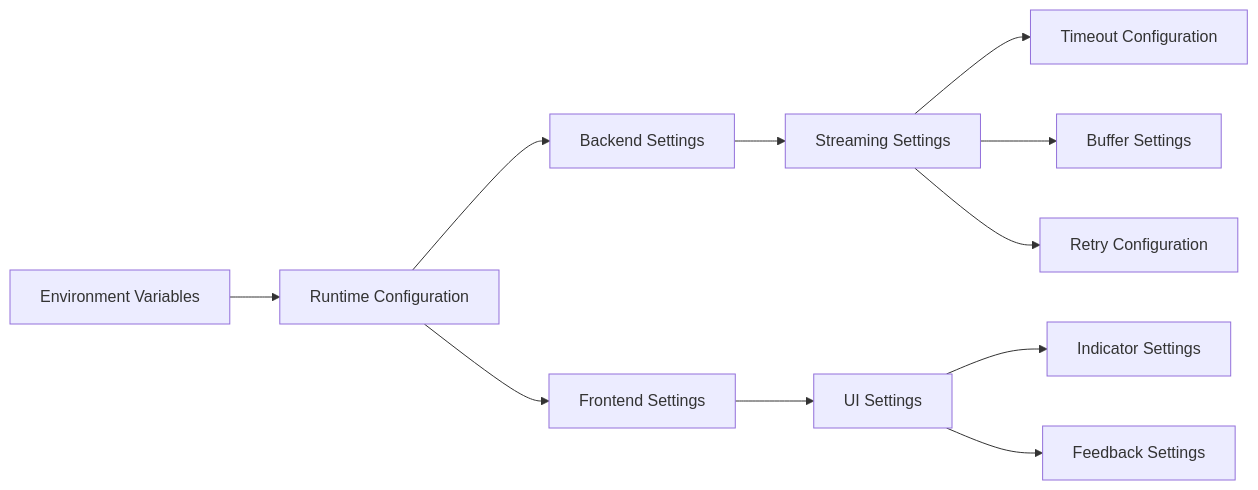
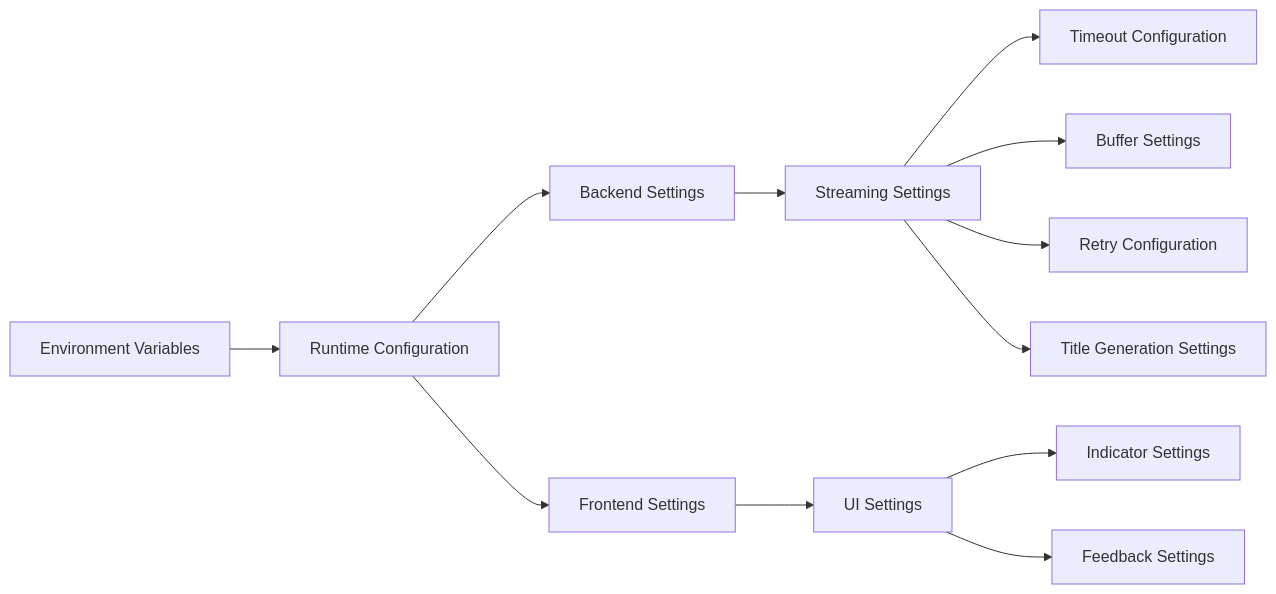
Before and after one commit to emanuelplopu/MongoDB-RAG-Agent: the tenth of 11 diagrams in .qoder/repowiki/en/content/Core Features/Streaming Reliability Enhancements.md, drawn with Mermaid. The commit also changed other lines of this file and 5 other files, not shown here.

````diff
--- a/.qoder/repowiki/en/content/Core Features/Streaming Reliability Enhancements.md
+++ b/.qoder/repowiki/en/content/Core Features/Streaming Reliability Enhancements.md
@@ -360,13 +482,14 @@
 ```mermaid
 graph LR
 Env[Environment Variables] --> Config[Runtime Configuration]
 Config --> Backend[Backend Settings]
 Config --> Frontend[Frontend Settings]
 Backend --> Streaming[Streaming Settings]
 Frontend --> UI[UI Settings]
 Streaming --> Timeout[Timeout Configuration]
 Streaming --> Buffer[Buffer Settings]
 Streaming --> Retry[Retry Configuration]
+Streaming --> TitleGen[Title Generation Settings]
 UI --> Indicator[Indicator Settings]
 UI --> Feedback[Feedback Settings]
 ```
````
